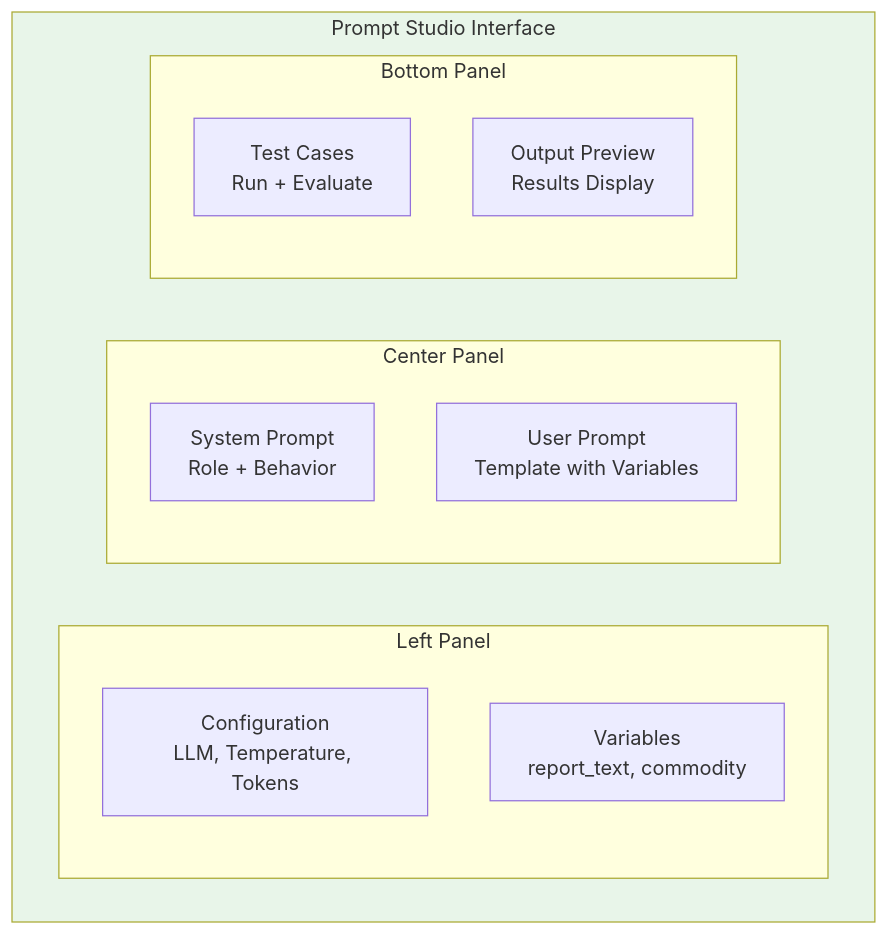
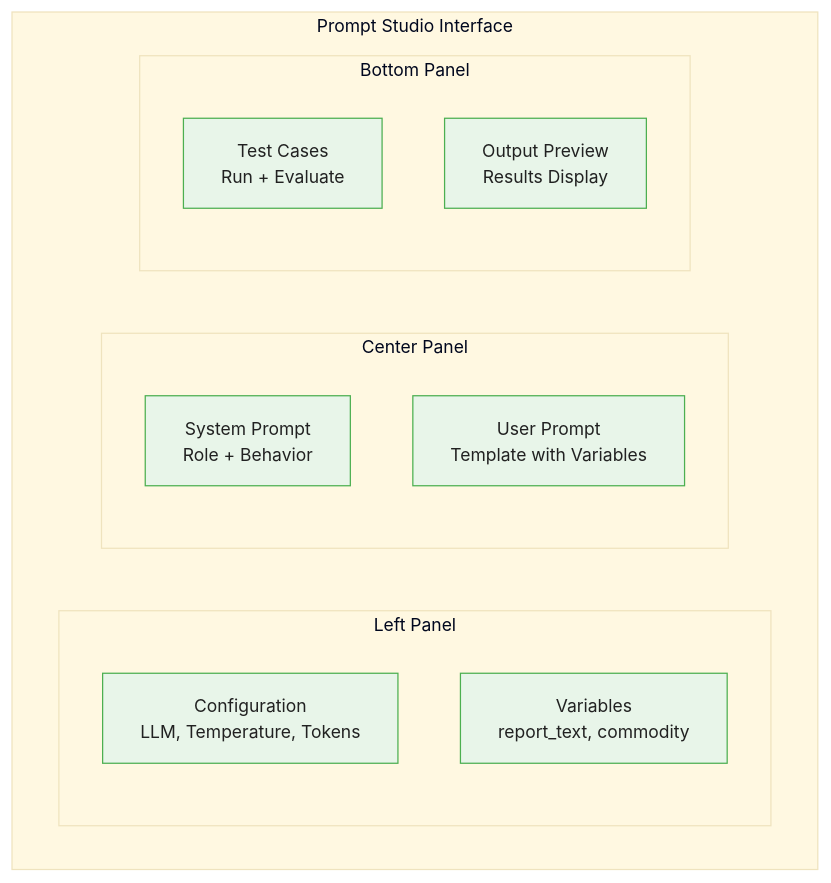
One commit to m-deane/course-creator changed the third of 6 diagrams in courses/dataiku-genai/modules/module_01_prompts/guides/01_prompt_studios_slides.md. Above: the diagram before and after it, drawn with Mermaid. The commit also changed other lines of this file and 54 other files, not shown here.

````diff
--- a/courses/dataiku-genai/modules/module_01_prompts/guides/01_prompt_studios_slides.md
+++ b/courses/dataiku-genai/modules/module_01_prompts/guides/01_prompt_studios_slides.md
@@ -84,21 +82,20 @@
 ```mermaid
+%%{init: {"theme": "base", "themeVariables": {"primaryColor": "#e8f5e9", "primaryBorderColor": "#4caf50", "primaryTextColor": "#212121", "secondaryColor": "#e3f2fd", "tertiaryColor": "#fff8e1", "lineColor": "#757575", "fontFamily": "Inter, sans-serif", "fontSize": "14px"}}}%%
 graph TB
     subgraph UI[Prompt Studio Interface]
         subgraph LEFT[Left Panel]
             CFG[Configuration<br/>LLM, Temperature, Tokens]
             VARS[Variables<br/>report_text, commodity]
         end
 
         subgraph CENTER[Center Panel]
             SYS[System Prompt<br/>Role + Behavior]
             USR[User Prompt<br/>Template with Variables]
         end
 
         subgraph BOTTOM[Bottom Panel]
             TC[Test Cases<br/>Run + Evaluate]
             OUT[Output Preview<br/>Results Display]
         end
     end
-
-    style UI fill:#e8f5e9
 ```
````
